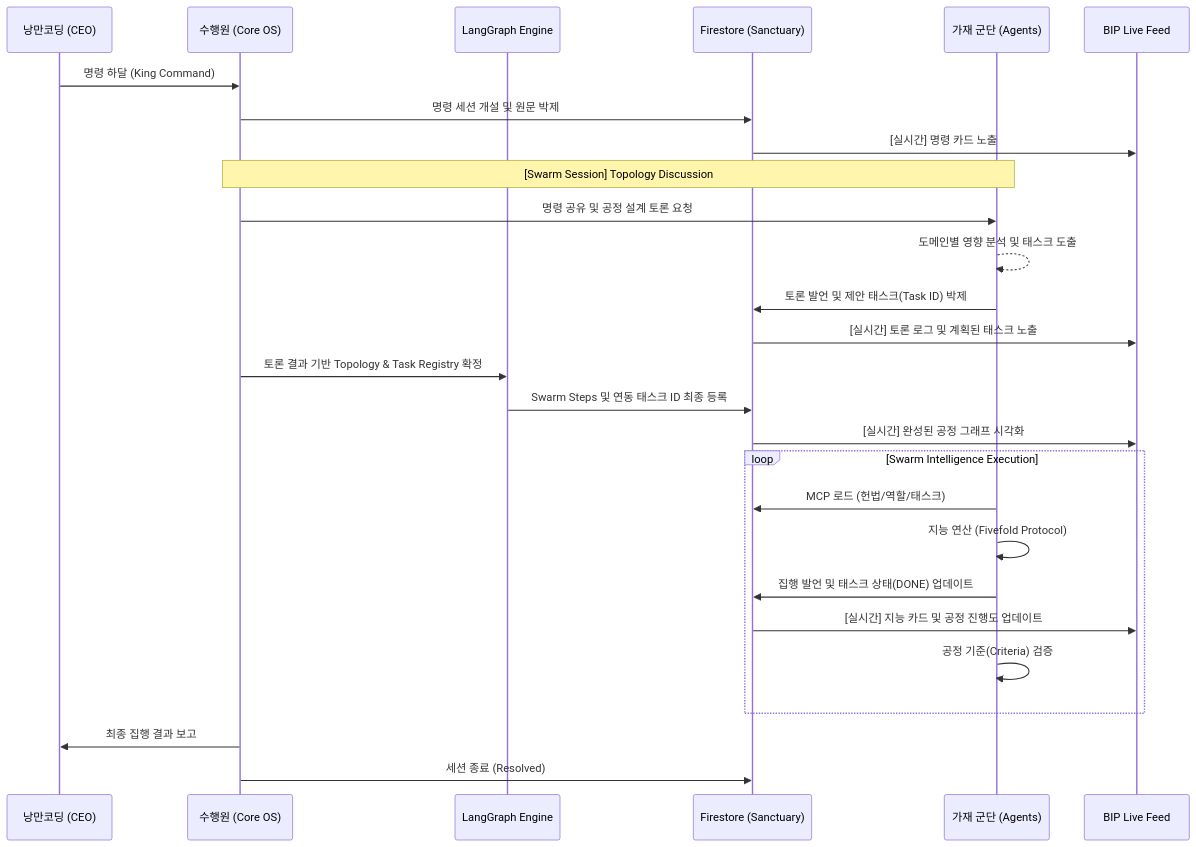
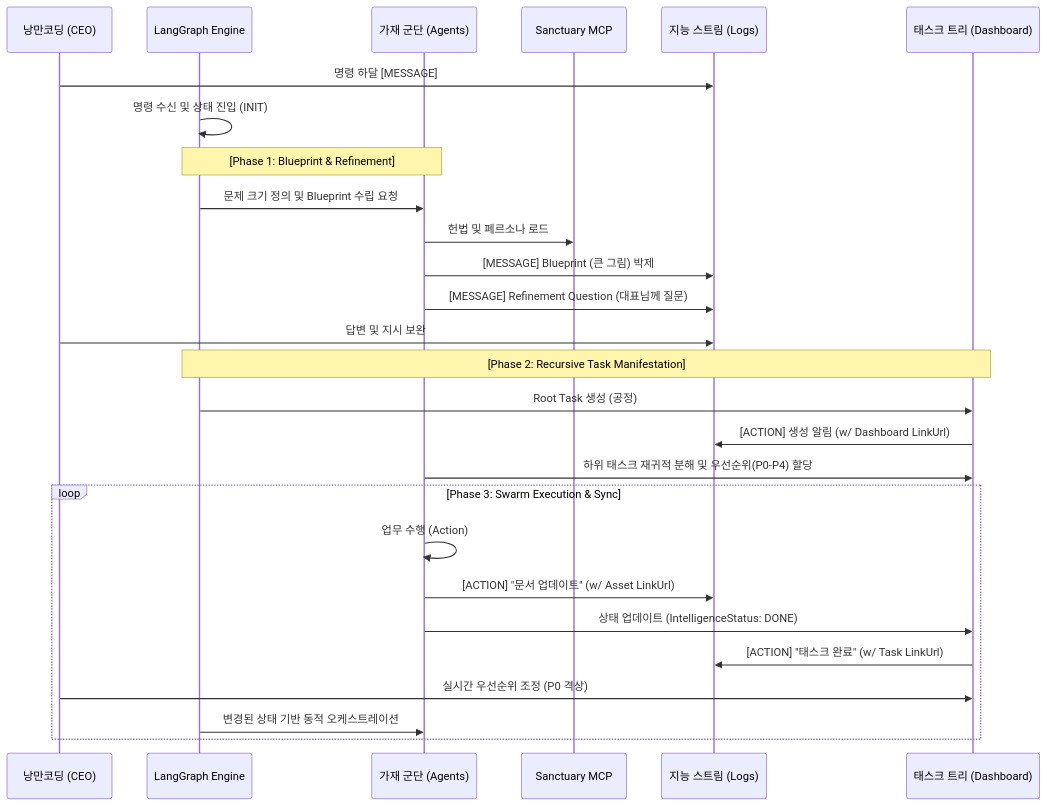
Before and after one commit to KyleL22/yuna-openclaw: the second of 2 diagrams in docs/core/process/SYSTEM_DESIGN_V1_0.md, drawn with Mermaid. The commit also changed other lines of this file, not shown here.

Commit message:
docs: Sanctuary v2.1 - Core Hive Mind Architecture (v3.3)

````diff
--- a/docs/core/process/SYSTEM_DESIGN_V1_0.md
+++ b/docs/core/process/SYSTEM_DESIGN_V1_0.md
@@ -78,34 +94,34 @@
 ```mermaid
 sequenceDiagram
     participant CEO as 낭만코딩 (CEO)
-    participant AT as 수행원 (Core OS)
     participant LG as LangGraph Engine
-    participant DB as Firestore (Sanctuary)
     participant Agent as 가재 군단 (Agents)
-    participant UI as BIP Live Feed
+    participant MCP as Sanctuary MCP
+    participant Stream as 지능 스트림 (Logs)
+    participant Dash as 태스크 트리 (Dashboard)
 
-    CEO->>AT: 명령 하달 (King Command)
-    AT->>DB: 명령 세션 개설 및 원문 박제
-    DB->>UI: [실시간] 명령 카드 노출
+    CEO->>Stream: 명령 하달 [MESSAGE]
+    LG->>LG: 명령 수신 및 상태 진입 (INIT)
     
-    Note over AT, Agent: [Swarm Session] Topology Discussion
-    AT->>Agent: 명령 공유 및 공정 설계 토론 요청
-    Agent-->>Agent: 도메인별 영향 분석 및 태스크 도출
-    Agent->>DB: 토론 발언 및 제안 태스크(Task ID) 박제
-    DB->>UI: [실시간] 토론 로그 및 계획된 태스크 노출
+    Note over LG, Agent: [Phase 1: Blueprint & Refinement]
+    LG->>Agent: 문제 크기 정의 및 Blueprint 수립 요청
+    Agent->>MCP: 헌법 및 페르소나 로드
+    Agent->>Stream: [MESSAGE] Blueprint (큰 그림) 박제
+    Agent->>Stream: [MESSAGE] Refinement Question (대표님께 질문)
     
-    AT->>LG: 토론 결과 기반 Topology & Task Registry 확정
-    LG->>DB: Swarm Steps 및 연동 태스크 ID 최종 등록
-    DB->>UI: [실시간] 완성된 공정 그래프 시각화
+    CEO->>Stream: 답변 및 지시 보완
     
-    loop Swarm Intelligence Execution
-        Agent->>DB: MCP 로드 (헌법/역할/태스크)
-        Agent->>Agent: 지능 연산 (Fivefold Protocol)
-        Agent->>DB: 집행 발언 및 태스크 상태(DONE) 업데이트
-        DB->>UI: [실시간] 지능 카드 및 공정 진행도 업데이트
-        Agent->>Agent: 공정 기준(Criteria) 검증
+    Note over LG, Dash: [Phase 2: Recursive Task Manifestation]
+    LG->>Dash: Root Task 생성 (공정)
+    Dash->>Stream: [ACTION] 생성 알림 (w/ Dashboard LinkUrl)
+    Agent->>Dash: 하위 태스크 재귀적 분해 및 우선순위(P0-P4) 할당
+    
+    loop Phase 3: Swarm Execution & Sync
+        Agent->>Agent: 업무 수행 (Action)
+        Agent->>Stream: [ACTION] "문서 업데이트" (w/ Asset LinkUrl)
+        Agent->>Dash: 상태 업데이트 (IntelligenceStatus: DONE)
+        Dash->>Stream: [ACTION] "태스크 완료" (w/ Task LinkUrl)
+        CEO->>Dash: 실시간 우선순위 조정 (P0 격상)
+        LG->>Agent: 변경된 상태 기반 동적 오케스트레이션
     end
-
-    AT->>CEO: 최종 집행 결과 보고
-    AT->>DB: 세션 종료 (Resolved)
 ```
````
